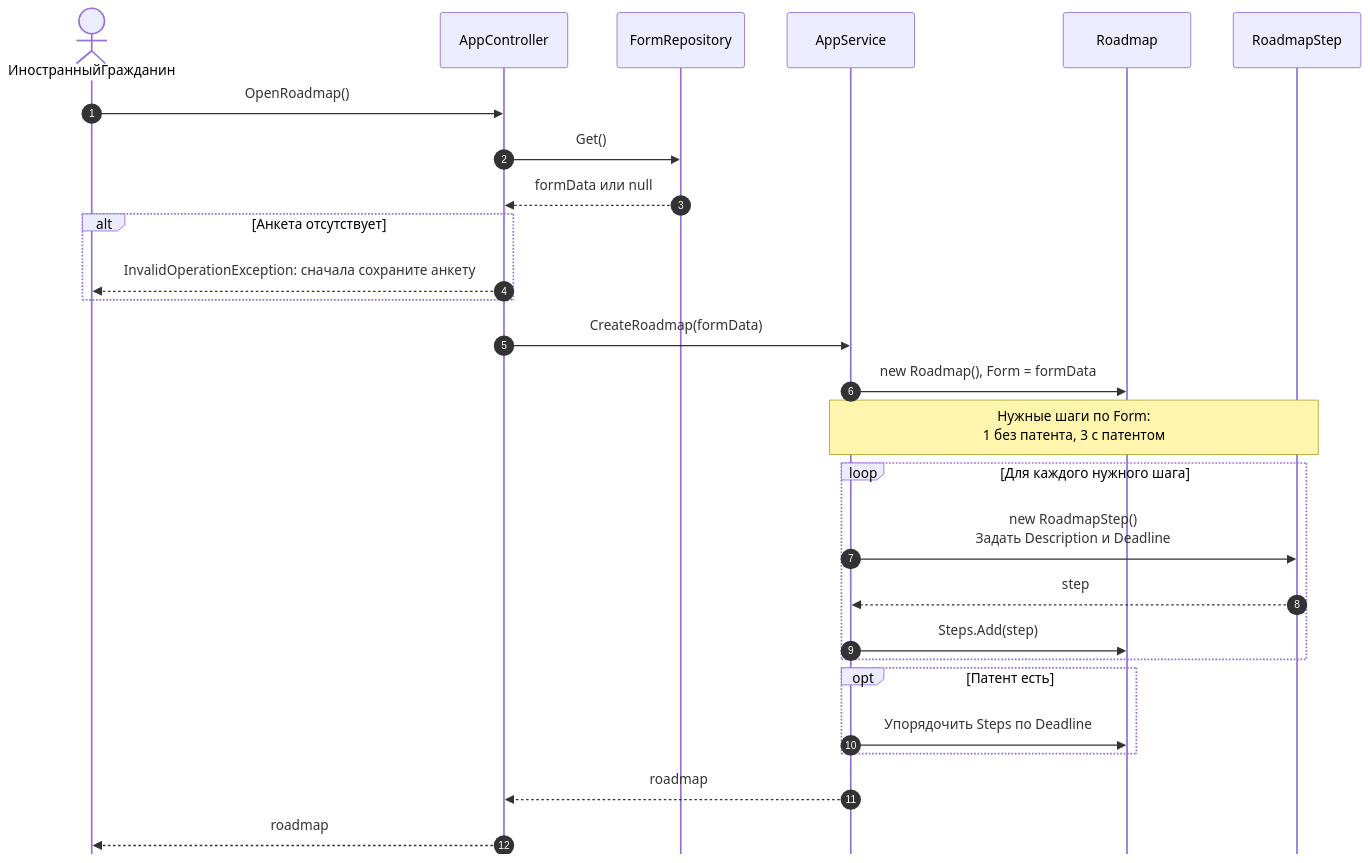
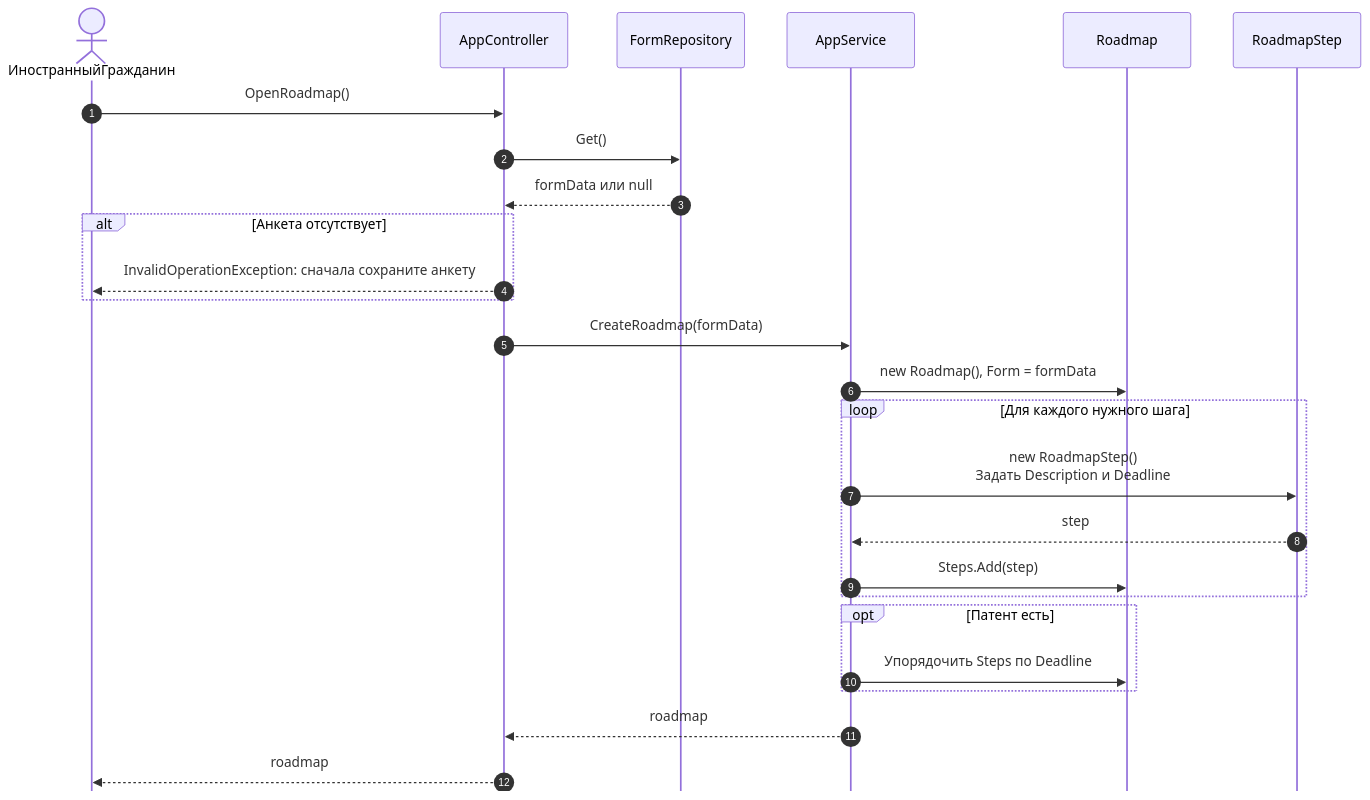
The second of 2 diagrams in _docs/lab4.md (Edmorton1/peace), drawn with Mermaid before and after one commit.

Commit message:
улучшение

````diff
--- a/_docs/lab4.md
+++ b/_docs/lab4.md
@@ -34,32 +34,31 @@
 ```mermaid
 %%{init: {'sequence': {'mirrorActors': false}}}%%
 sequenceDiagram
     autonumber
     actor ИностранныйГражданин
     participant AppController
     participant FormRepository
     participant AppService
     participant Roadmap
     participant RoadmapStep
     ИностранныйГражданин->>AppController: OpenRoadmap()
     AppController->>FormRepository: Get()
     FormRepository-->>AppController: formData или null
 
     alt Анкета отсутствует
         AppController-->>ИностранныйГражданин: InvalidOperationException: сначала сохраните анкету
     end
 
     AppController->>AppService: CreateRoadmap(formData)
     AppService->>Roadmap: new Roadmap(), Form = formData
-    Note over AppService,RoadmapStep: Нужные шаги по Form:<br/>1 без патента, 3 с патентом
     loop Для каждого нужного шага
         AppService->>RoadmapStep: new RoadmapStep()<br/>Задать Description и Deadline
         RoadmapStep-->>AppService: step
         AppService->>Roadmap: Steps.Add(step)
     end
     opt Патент есть
         AppService->>Roadmap: Упорядочить Steps по Deadline
     end
     AppService-->>AppController: roadmap
     AppController-->>ИностранныйГражданин: roadmap
 ```
````
